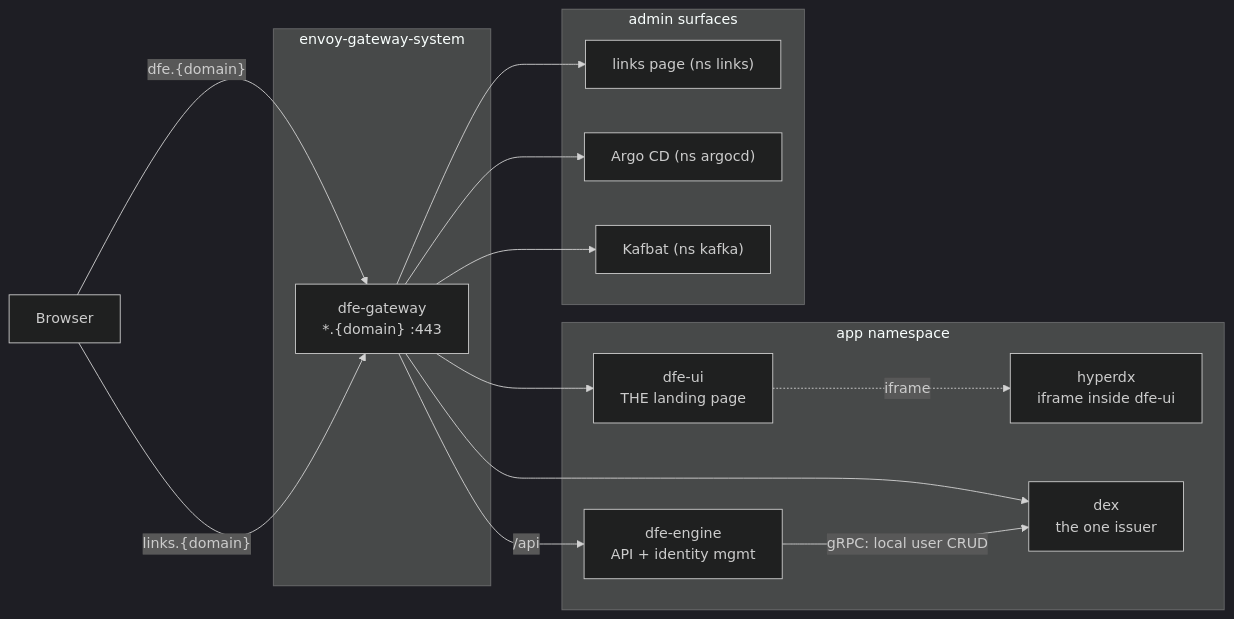
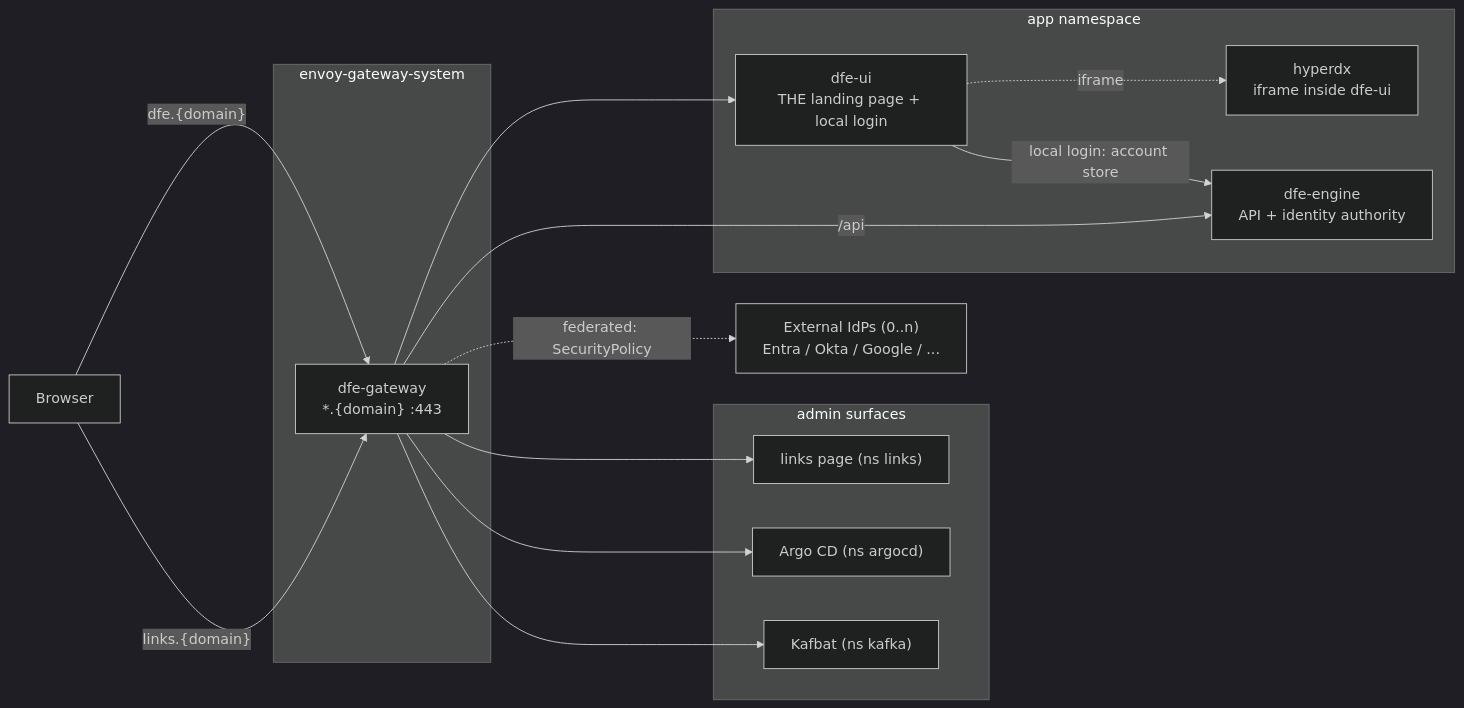
The first of 2 diagrams in docs/EDGE-AUTH.md (hyperi-io/dfe-infra), drawn with Mermaid (dark theme) before and after one commit. The commit also changed other lines of this file and 25 other files, not shown here.

First line of the commit message:
fix(stack): back out bundled dex + otel db default->dfe

````diff
--- a/docs/EDGE-AUTH.md
+++ b/docs/EDGE-AUTH.md
@@ -40,28 +45,28 @@
 ```mermaid
 flowchart LR
     B[Browser]
+    X["External IdPs (0..n)<br/>Entra / Okta / Google / ..."]
     subgraph egw["envoy-gateway-system"]
         GW["dfe-gateway<br/>*.{domain} :443"]
     end
     subgraph appns["app namespace"]
-        UI["dfe-ui<br/>THE landing page"]
+        UI["dfe-ui<br/>THE landing page + local login"]
         HX["hyperdx<br/>iframe inside dfe-ui"]
-        ENG["dfe-engine<br/>API + identity mgmt"]
-        DX["dex<br/>the one issuer"]
+        ENG["dfe-engine<br/>API + identity authority"]
     end
     subgraph adminns["admin surfaces"]
         LK["links page (ns links)"]
         AR["Argo CD (ns argocd)"]
         KB["Kafbat (ns kafka)"]
     end
     B -->|"dfe.{domain}"| GW
     B -->|"links.{domain}"| GW
     GW --> UI
     UI -.->|iframe| HX
     GW -->|"/api"| ENG
-    GW --> DX
+    GW -.->|"federated: SecurityPolicy"| X
     GW --> LK
     GW --> AR
     GW --> KB
-    ENG -->|"gRPC: local user CRUD"| DX
+    UI -->|"local login: account store"| ENG
 ```
````
